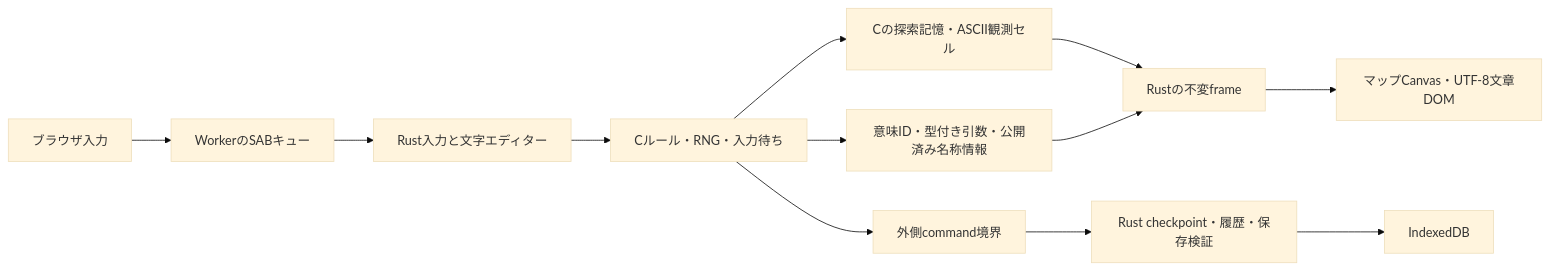
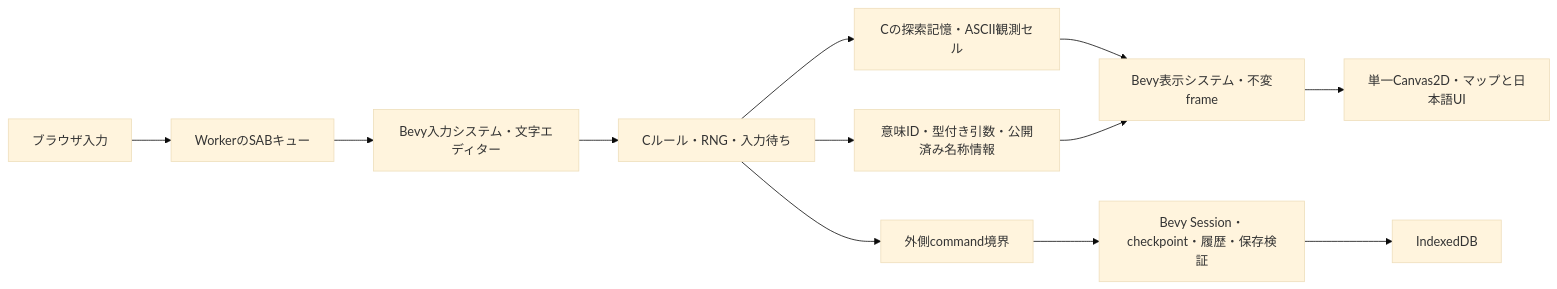
Before and after one commit to cacazu/rogue-nihon: the diagram in docs/IMPLEMENTATION-ja.md, drawn with Mermaid (base theme). The commit also changed other lines of this file and 563 other files, not shown here.

First line of the commit message:
Move Rogue browser UI and input handling into Rust

````diff
--- a/docs/IMPLEMENTATION-ja.md
+++ b/docs/IMPLEMENTATION-ja.md
@@ -7,14 +7,14 @@
 ```mermaid
 flowchart LR
     Browser[ブラウザ入力] --> Queue[WorkerのSABキュー]
-    Queue --> Input[Rust入力と文字エディター]
+    Queue --> Input[Bevy入力システム・文字エディター]
     Input --> Core[Cルール・RNG・入力待ち]
     Core --> Knowledge[Cの探索記憶・ASCII観測セル]
     Core --> Meaning[意味ID・型付き引数・公開済み名称情報]
-    Knowledge --> Display[Rustの不変frame]
+    Knowledge --> Display[Bevy表示システム・不変frame]
     Meaning --> Display
-    Display --> View[マップCanvas・UTF-8文章DOM]
+    Display --> View[単一Canvas2D・マップと日本語UI]
     Core --> Boundary[外側command境界]
-    Boundary --> Platform[Rust checkpoint・履歴・保存検証]
+    Boundary --> Platform[Bevy Session・checkpoint・履歴・保存検証]
     Platform --> Storage[IndexedDB]
 ```
````
